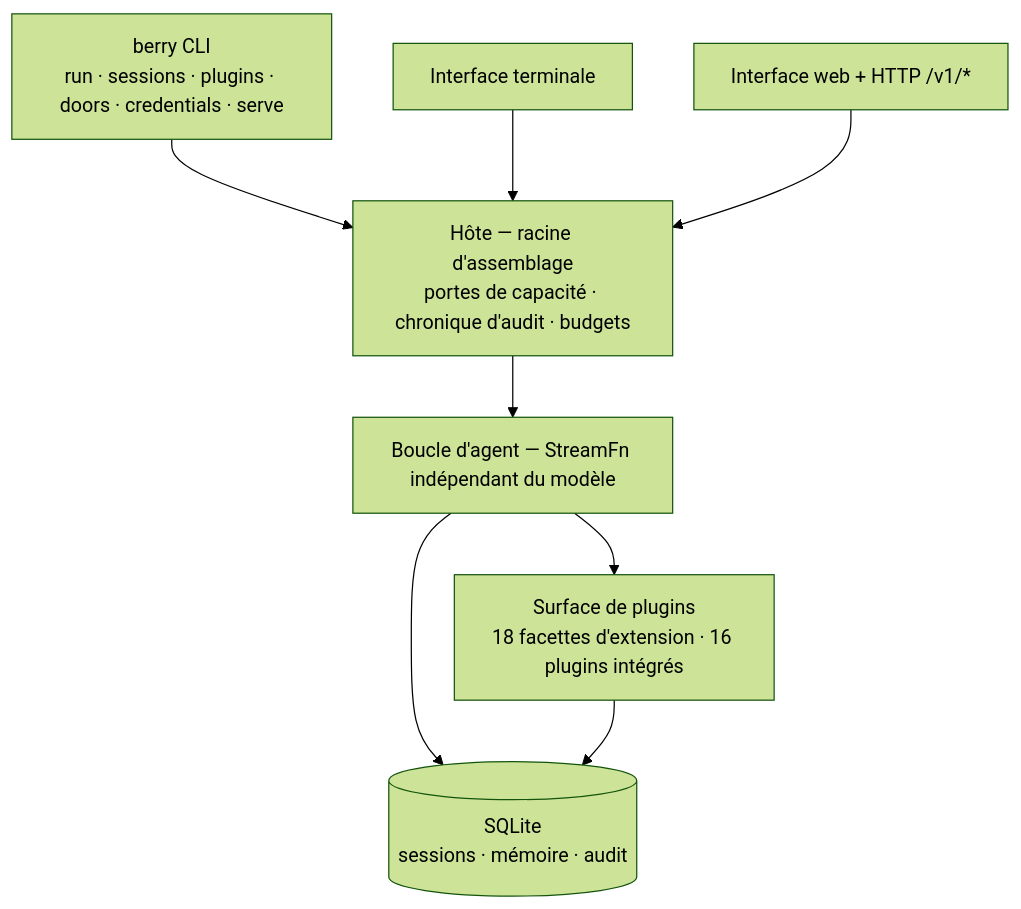
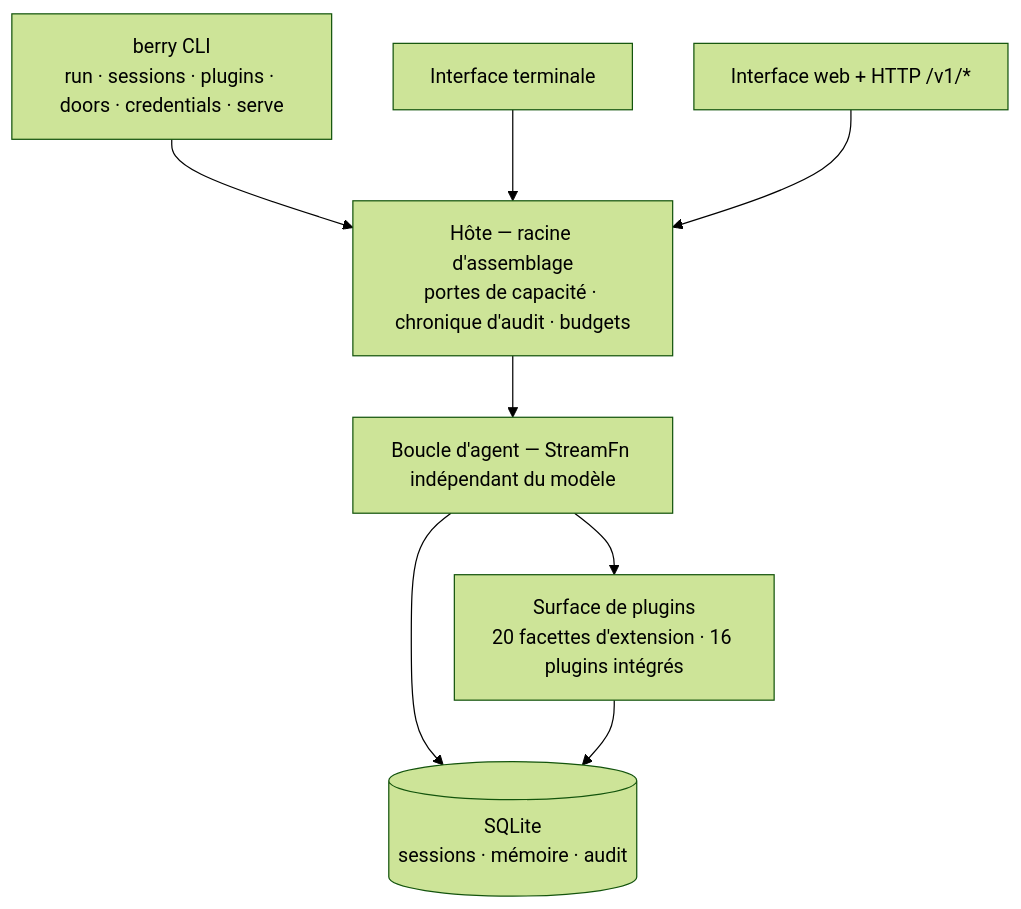
The diagram in README.fr.md (miuiadmin/berry-agent), drawn with Mermaid (forest theme) before and after one commit. The commit also changed other lines of this file and 11 other files, not shown here.

````diff
--- a/README.fr.md
+++ b/README.fr.md
@@ -139,17 +139,17 @@
 ```mermaid
 graph TD
     CLI["berry CLI<br/>run · sessions · plugins · doors · credentials · serve"]
     TUI["Interface terminale"]
     WEB["Interface web + HTTP /v1/*"]
     HOST["Hôte — racine d'assemblage<br/>portes de capacité · chronique d'audit · budgets"]
     LOOP["Boucle d'agent — StreamFn indépendant du modèle"]
-    PLUGINS["Surface de plugins<br/>18 facettes d'extension · 16 plugins intégrés"]
+    PLUGINS["Surface de plugins<br/>20 facettes d'extension · 16 plugins intégrés"]
     STORE[("SQLite<br/>sessions · mémoire · audit")]
     CLI --> HOST
     TUI --> HOST
     WEB --> HOST
     HOST --> LOOP
     LOOP --> PLUGINS
     LOOP --> STORE
     PLUGINS --> STORE
 ```
````
